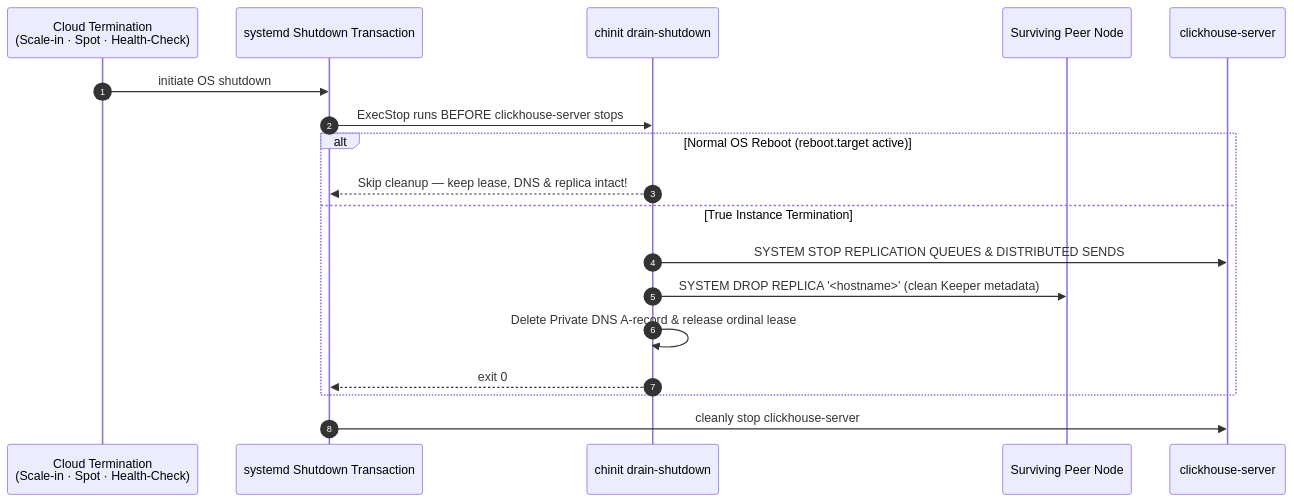
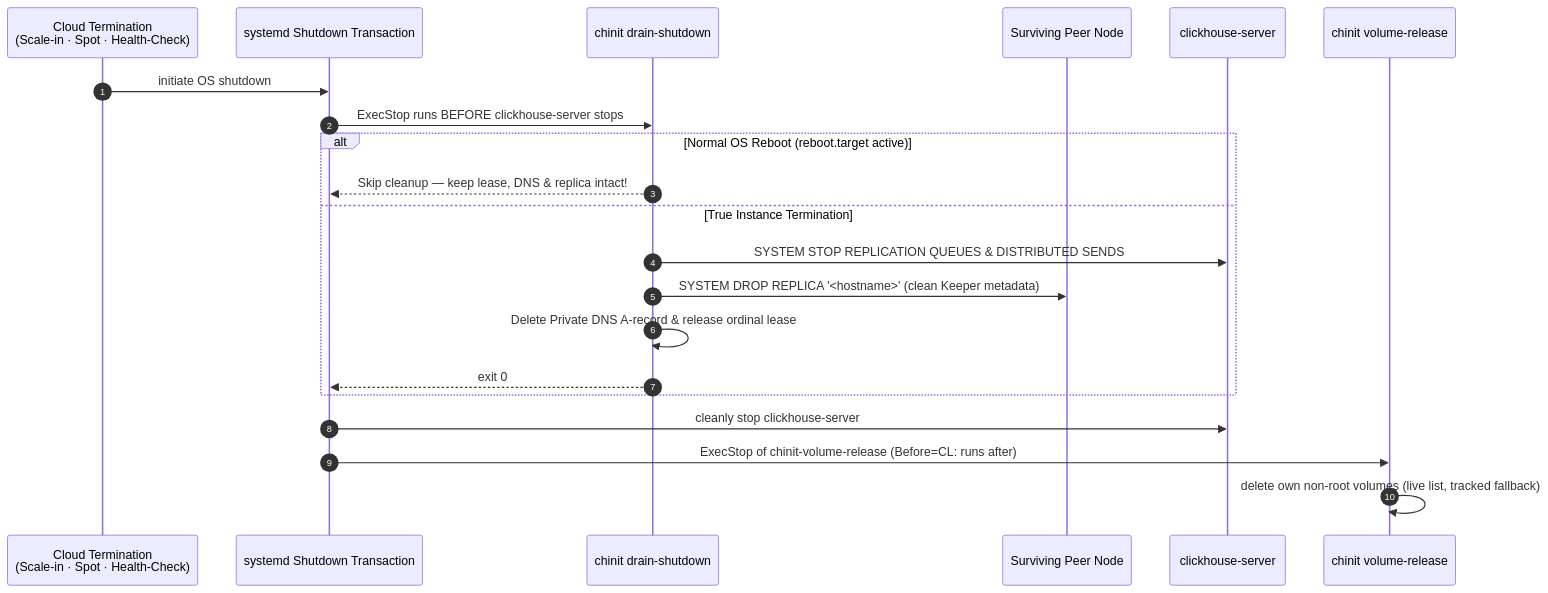
The second of 2 diagrams in docs/maintenance.md (stackgenhq/chinit), drawn with Mermaid before and after one commit. The commit also changed other lines of this file and 21 other files, not shown here.

First line of the commit message:
feat(shutdown): release the dying node's own volumes in the systemd shutdown transaction (#32)

````diff
--- a/docs/maintenance.md
+++ b/docs/maintenance.md
@@ -66,21 +67,24 @@
 ```mermaid
 sequenceDiagram
     autonumber
     participant T as Cloud Termination<br/>(Scale-in · Spot · Health-Check)
     participant SD as systemd Shutdown Transaction
     participant DR as chinit drain-shutdown
     participant Peer as Surviving Peer Node
     participant CL as clickhouse-server
+    participant VR as chinit volume-release
 
     T->>SD: initiate OS shutdown
     SD->>DR: ExecStop runs BEFORE clickhouse-server stops
     alt Normal OS Reboot (reboot.target active)
         DR-->>SD: Skip cleanup — keep lease, DNS & replica intact!
     else True Instance Termination
         DR->>CL: SYSTEM STOP REPLICATION QUEUES & DISTRIBUTED SENDS
         DR->>Peer: SYSTEM DROP REPLICA '<hostname>' (clean Keeper metadata)
         DR->>DR: Delete Private DNS A-record & release ordinal lease
         DR-->>SD: exit 0
     end
     SD->>CL: cleanly stop clickhouse-server
+    SD->>VR: ExecStop of chinit-volume-release (Before=CL: runs after)
+    VR->>VR: delete own non-root volumes (live list, tracked fallback)
 ```
````
